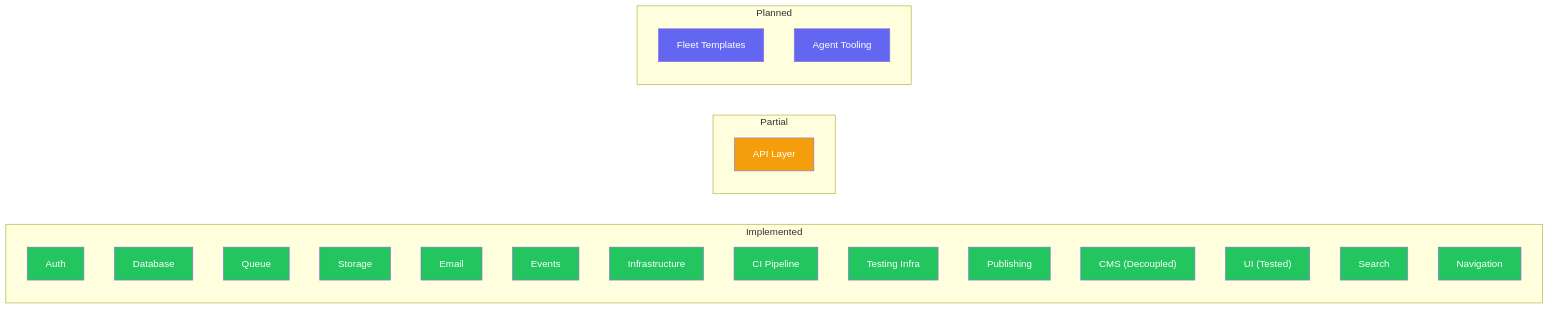
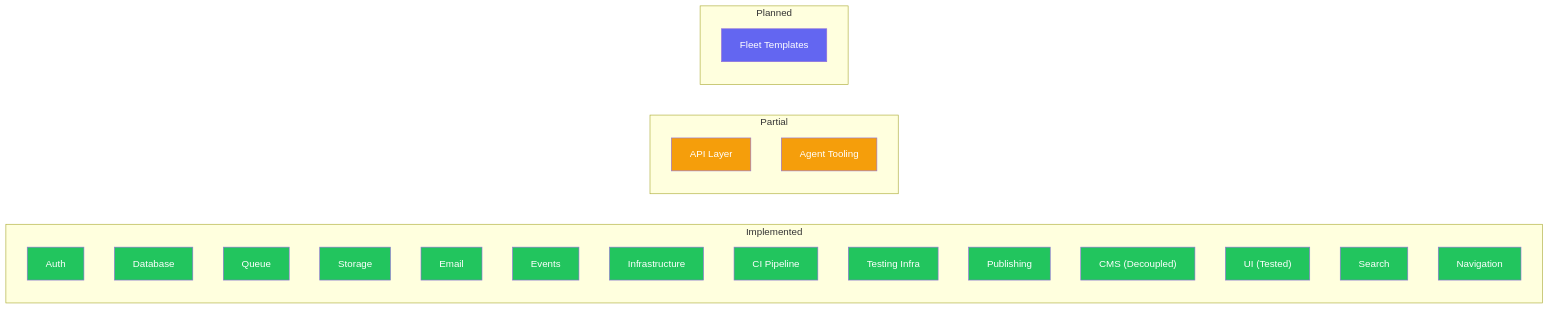
Before and after one commit to jbejenar/ripple-next: the first of 6 diagrams in docs/product-roadmap/README.md, drawn with Mermaid. The commit also changed other lines of this file and 7 other files, not shown here.

````diff
--- a/docs/product-roadmap/README.md
+++ b/docs/product-roadmap/README.md
@@ -75,44 +75,44 @@
 ```mermaid
 graph LR
     subgraph Implemented
         AUTH[Auth]
         DB[Database]
         QUEUE[Queue]
         STORAGE[Storage]
         EMAIL[Email]
         EVENTS[Events]
         INFRA[Infrastructure]
         CI[CI Pipeline]
         TEST[Testing Infra]
         PUB[Publishing]
         CMS["CMS (Decoupled)"]
         UI["UI (Tested)"]
         SEARCH[Search]
         NAV[Navigation]
     end
     subgraph Partial
         API[API Layer]
+        AGENT_DX[Agent Tooling]
     end
     subgraph Planned
         FLEET[Fleet Templates]
-        AGENT_DX[Agent Tooling]
     end
 
     style AUTH fill:#22c55e,color:#fff
     style DB fill:#22c55e,color:#fff
     style QUEUE fill:#22c55e,color:#fff
     style STORAGE fill:#22c55e,color:#fff
     style EMAIL fill:#22c55e,color:#fff
     style EVENTS fill:#22c55e,color:#fff
     style INFRA fill:#22c55e,color:#fff
     style CI fill:#22c55e,color:#fff
     style TEST fill:#22c55e,color:#fff
     style PUB fill:#22c55e,color:#fff
     style CMS fill:#22c55e,color:#fff
     style UI fill:#22c55e,color:#fff
     style SEARCH fill:#22c55e,color:#fff
     style NAV fill:#22c55e,color:#fff
     style API fill:#f59e0b,color:#fff
     style FLEET fill:#6366f1,color:#fff
-    style AGENT_DX fill:#6366f1,color:#fff
+    style AGENT_DX fill:#f59e0b,color:#fff
 ```
````
